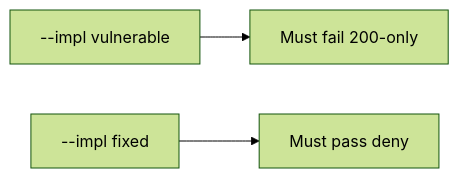
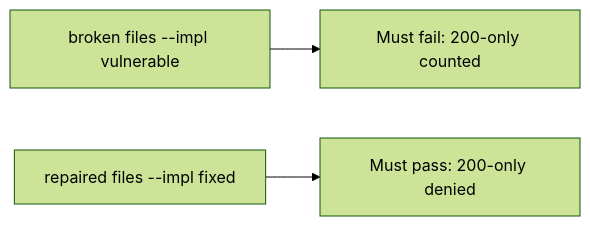
One commit to ishitvagoel/LearnSecurity changed the diagram in content/modules/9/9.3/lessons/05-verify.md. Above: the diagram before and after it, drawn with Mermaid (forest theme). The commit also changed other lines of this file and 39 other files, not shown here.

````diff
--- a/content/modules/9/9.3/lessons/05-verify.md
+++ b/content/modules/9/9.3/lessons/05-verify.md
@@ -15,5 +14,5 @@
 ```mermaid
 flowchart LR
-  V["--impl vulnerable"] --> F["Must fail 200-only"]
-  X["--impl fixed"] --> P["Must pass deny"]
+  V["broken files --impl vulnerable"] --> F[Must fail: 200-only counted]
+  X["repaired files --impl fixed"] --> P[Must pass: 200-only denied]
 ```
````
